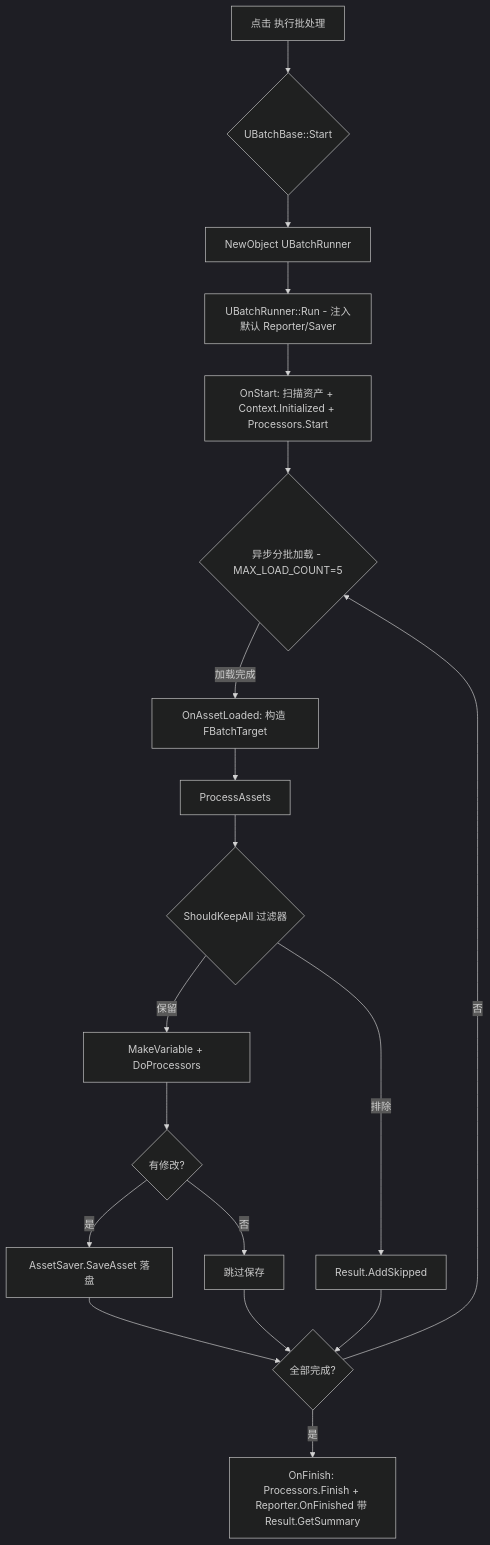
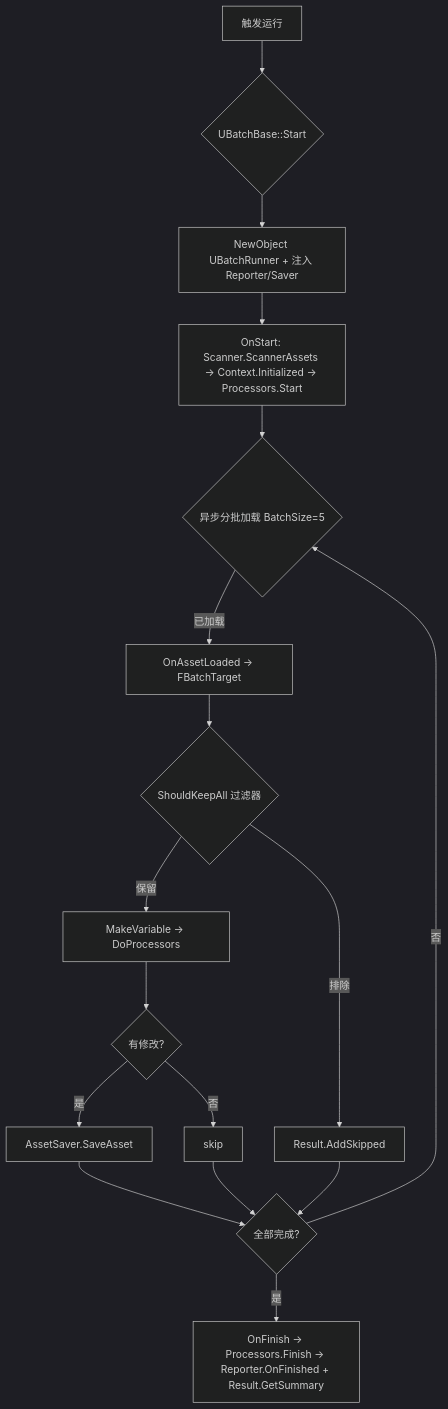
One commit to bytepine/BatchProcessor changed the diagram in README.md. Above: the diagram before and after it, drawn with Mermaid (dark theme). The commit also changed other lines of this file, not shown here.

First line of the commit message:
﻿docs: 重构 README — 补充 UBatchAsset 定制编辑器说明

````diff
--- a/README.md
+++ b/README.md
@@ -72,21 +79,19 @@
 ```mermaid
 graph TD
-    A[点击 执行批处理] --> B{UBatchBase::Start}
-    B --> C[NewObject UBatchRunner]
-    C --> D[UBatchRunner::Run - 注入默认 Reporter/Saver]
-    D --> E[OnStart: 扫描资产 + Context.Initialized + Processors.Start]
-    E --> F{异步分批加载 - MAX_LOAD_COUNT=5}
-    F -->|加载完成| G[OnAssetLoaded: 构造 FBatchTarget]
-    G --> H[ProcessAssets]
-    H --> I{ShouldKeepAll 过滤器}
-    I -->|保留| J[MakeVariable + DoProcessors]
-    J --> K{有修改?}
-    K -->|是| L[AssetSaver.SaveAsset 落盘]
-    K -->|否| M[跳过保存]
-    I -->|排除| N[Result.AddSkipped]
-    L --> O{全部完成?}
-    M --> O
-    N --> O
-    O -->|否| F
-    O -->|是| P[OnFinish: Processors.Finish + Reporter.OnFinished 带 Result.GetSummary]
+    A[触发运行] --> B{UBatchBase::Start}
+    B --> C[NewObject UBatchRunner + 注入 Reporter/Saver]
+    C --> D[OnStart: Scanner.ScannerAssets → Context.Initialized → Processors.Start]
+    D --> E{异步分批加载 BatchSize=5}
+    E -->|已加载| F[OnAssetLoaded → FBatchTarget]
+    F --> G{ShouldKeepAll 过滤器}
+    G -->|保留| H[MakeVariable → DoProcessors]
+    H --> I{有修改?}
+    I -->|是| J[AssetSaver.SaveAsset]
+    I -->|否| K[skip]
+    G -->|排除| L[Result.AddSkipped]
+    J --> M{全部完成?}
+    K --> M
+    L --> M
+    M -->|否| E
+    M -->|是| N[OnFinish → Processors.Finish → Reporter.OnFinished + Result.GetSummary]
 ```
````
